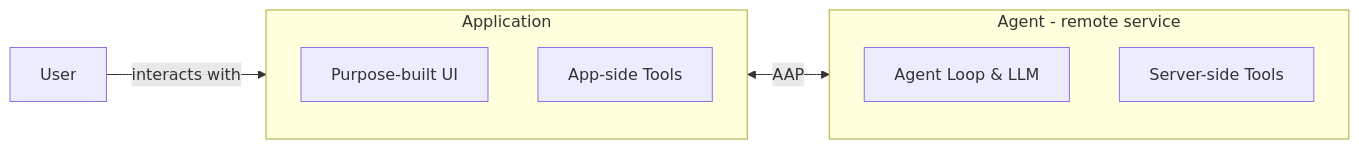
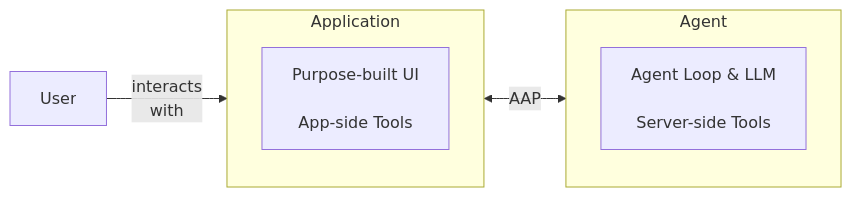
One commit to agentapplicationprotocol/agent-application-protocol changed the second of 2 diagrams in README.md. Above: the diagram before and after it, drawn with Mermaid.

````diff
--- a/README.md
+++ b/README.md
@@ -23,18 +23,14 @@
 ```mermaid
 graph LR
-    User -->|interacts with| App
+    User -->|interacts</br>with| App
 
     subgraph App [Application]
-        direction TB
-        UI[Purpose-built UI]
-        AT[App-side Tools]
+        AppFunc[Purpose-built UI</br></br>App-side Tools]
     end
 
     App <-->|AAP| Agent
 
-    subgraph Agent [Agent - remote service]
-        direction TB
-        Loop[Agent Loop & LLM]
-        ST[Server-side Tools]
+    subgraph Agent [Agent]
+        AgentFunc[Agent Loop & LLM</br></br>Server-side Tools]
     end
 ```
````
